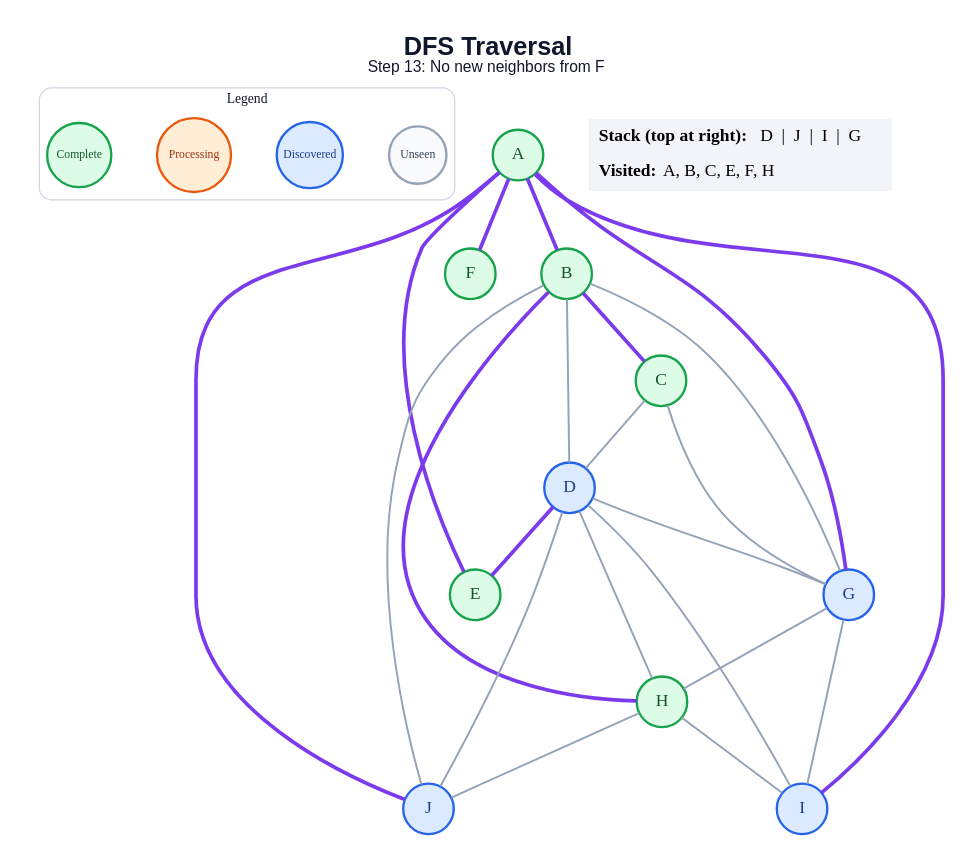
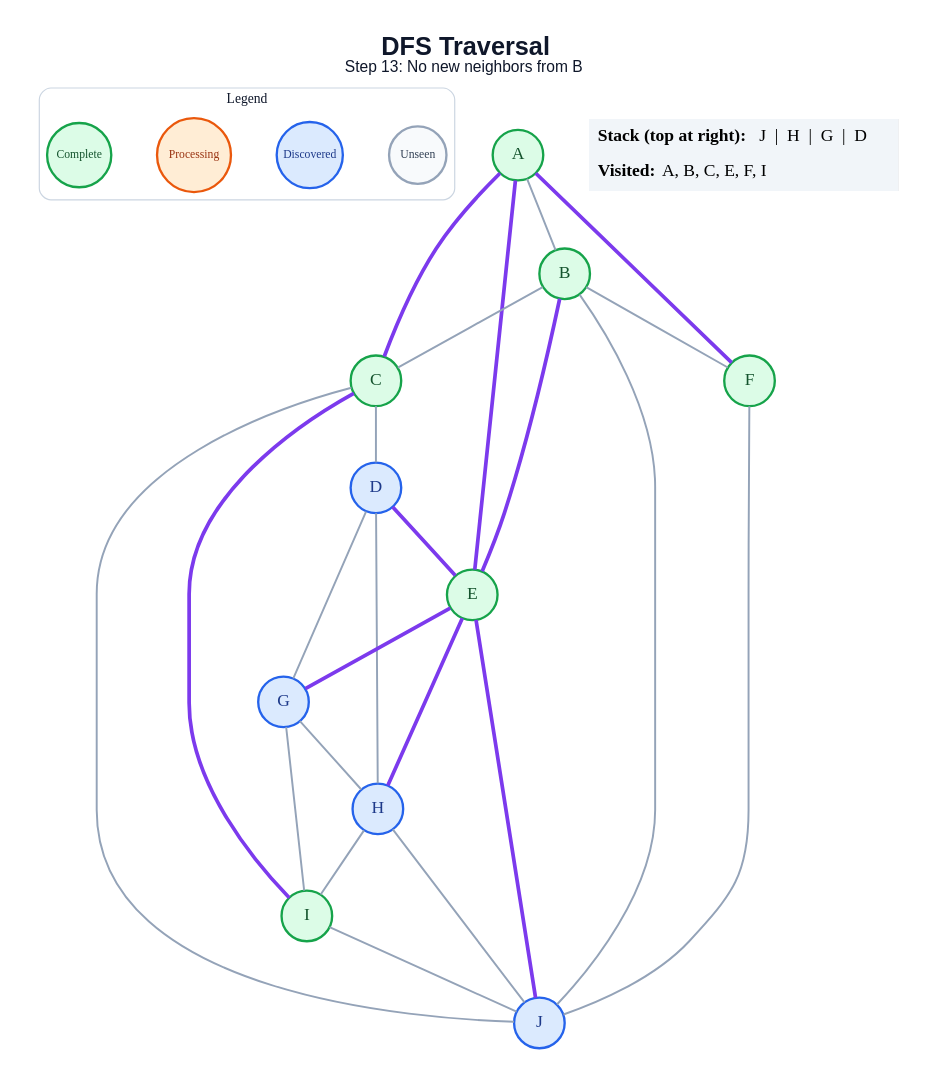
One commit to amanghodawala9/ai-slop changed the diagram in generated/specific-node/dfs/step_13.dot. Above: the diagram before and after it, drawn with Graphviz. The commit also changed 178 other files, not shown here.

```diff
--- a/generated/specific-node/dfs/step_13.dot
+++ b/generated/specific-node/dfs/step_13.dot
@@ -1,51 +1,52 @@
 graph traversal {
   graph [layout=dot, rankdir=TB, bgcolor="#FFFFFF", pad="0.35", nodesep="0.65", ranksep="0.8", fontname="Arial"];
   node [shape=circle, style="filled", fontname="Arial Bold", fontsize=18, width=0.72, fixedsize=true, penwidth=2.4];
   edge [color="#94A3B8", penwidth=2.0];
-  label=<<B>DFS Traversal</B><BR/><FONT POINT-SIZE="16">Step 13: No new neighbors from F</FONT>>; labelloc="t"; fontsize=26; fontname="Arial"; fontcolor="#0F172A";
+  label=<<B>DFS Traversal</B><BR/><FONT POINT-SIZE="16">Step 13: No new neighbors from B</FONT>>; labelloc="t"; fontsize=26; fontname="Arial"; fontcolor="#0F172A";
   subgraph cluster_legend { label="Legend"; color="#CBD5E1"; penwidth=1.2; style="rounded"; fontsize=14; fontname="Arial Bold";
     key_unseen [label="Unseen", fillcolor="#F8FAFC", color="#94A3B8", fontcolor="#334155", fontsize=12, width=0.82];
     key_frontier [label="Discovered", fillcolor="#DBEAFE", color="#2563EB", fontcolor="#1E3A8A", fontsize=12, width=0.95];
     key_current [label="Processing", fillcolor="#FFEDD5", color="#EA580C", fontcolor="#9A3412", fontsize=12, width=1.05];
     key_done [label="Complete", fillcolor="#DCFCE7", color="#16A34A", fontcolor="#14532D", fontsize=12, width=0.92];
     { rank=same; key_unseen; key_frontier; key_current; key_done; }
   }
   A [fillcolor="#DCFCE7", color="#16A34A", fontcolor="#14532D"];
   B [fillcolor="#DCFCE7", color="#16A34A", fontcolor="#14532D"];
   C [fillcolor="#DCFCE7", color="#16A34A", fontcolor="#14532D"];
   D [fillcolor="#DBEAFE", color="#2563EB", fontcolor="#1E3A8A"];
   E [fillcolor="#DCFCE7", color="#16A34A", fontcolor="#14532D"];
   F [fillcolor="#DCFCE7", color="#16A34A", fontcolor="#14532D"];
   G [fillcolor="#DBEAFE", color="#2563EB", fontcolor="#1E3A8A"];
-  H [fillcolor="#DCFCE7", color="#16A34A", fontcolor="#14532D"];
-  I [fillcolor="#DBEAFE", color="#2563EB", fontcolor="#1E3A8A"];
+  H [fillcolor="#DBEAFE", color="#2563EB", fontcolor="#1E3A8A"];
+  I [fillcolor="#DCFCE7", color="#16A34A", fontcolor="#14532D"];
   J [fillcolor="#DBEAFE", color="#2563EB", fontcolor="#1E3A8A"];
-  A -- B [color="#7C3AED", penwidth=3.8];
+  A -- B;
+  A -- C [color="#7C3AED", penwidth=3.8];
   A -- E [color="#7C3AED", penwidth=3.8];
   A -- F [color="#7C3AED", penwidth=3.8];
-  A -- G [color="#7C3AED", penwidth=3.8];
-  A -- I [color="#7C3AED", penwidth=3.8];
-  A -- J [color="#7C3AED", penwidth=3.8];
-  B -- C [color="#7C3AED", penwidth=3.8];
-  B -- D;
-  B -- G;
-  B -- H [color="#7C3AED", penwidth=3.8];
+  B -- C;
+  B -- E [color="#7C3AED", penwidth=3.8];
+  B -- F;
   B -- J;
   C -- D;
-  C -- G;
+  C -- I [color="#7C3AED", penwidth=3.8];
+  C -- J;
   D -- E [color="#7C3AED", penwidth=3.8];
   D -- G;
   D -- H;
-  D -- I;
-  D -- J;
+  E -- G [color="#7C3AED", penwidth=3.8];
+  E -- H [color="#7C3AED", penwidth=3.8];
+  E -- J [color="#7C3AED", penwidth=3.8];
+  F -- J;
   G -- H;
   G -- I;
   H -- I;
   H -- J;
+  I -- J;
   status [shape=plain, fixedsize=false, width=0, height=0, margin=0, label=<
     <TABLE BORDER="0" CELLBORDER="0" CELLPADDING="7" BGCOLOR="#F1F5F9">
-      <TR><TD ALIGN="LEFT"><B>Stack (top at right):</B> D  |  J  |  I  |  G</TD></TR>
-      <TR><TD ALIGN="LEFT"><B>Visited:</B> A, B, C, E, F, H</TD></TR>
+      <TR><TD ALIGN="LEFT"><B>Stack (top at right):</B> J  |  H  |  G  |  D</TD></TR>
+      <TR><TD ALIGN="LEFT"><B>Visited:</B> A, B, C, E, F, I</TD></TR>
     </TABLE>
   >];
 }
```
